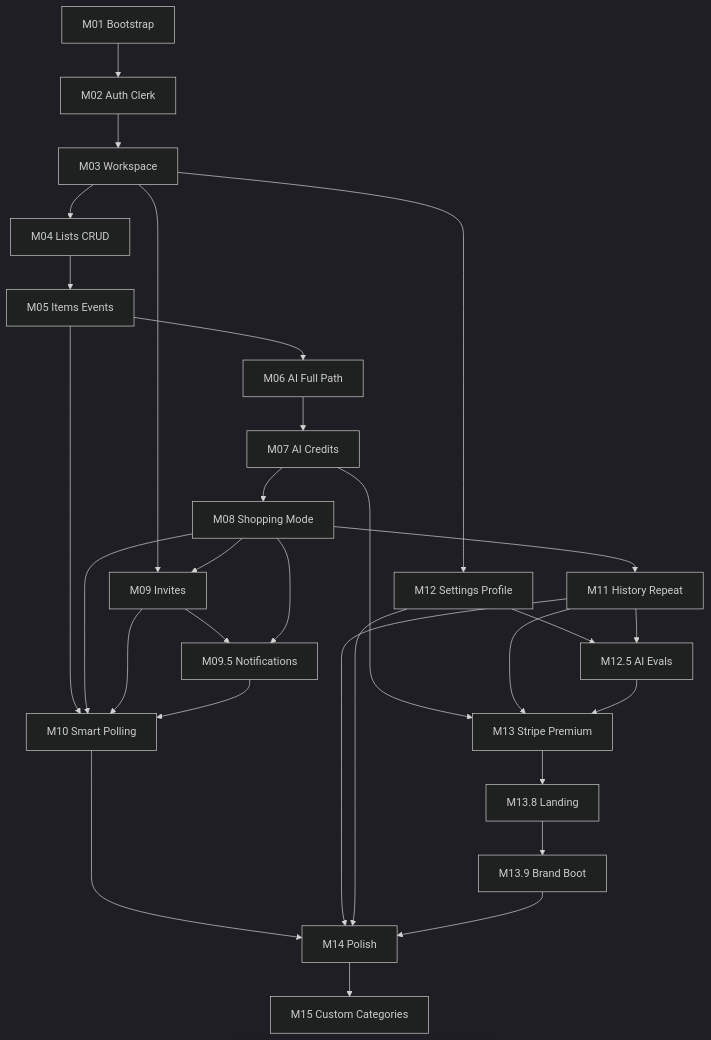
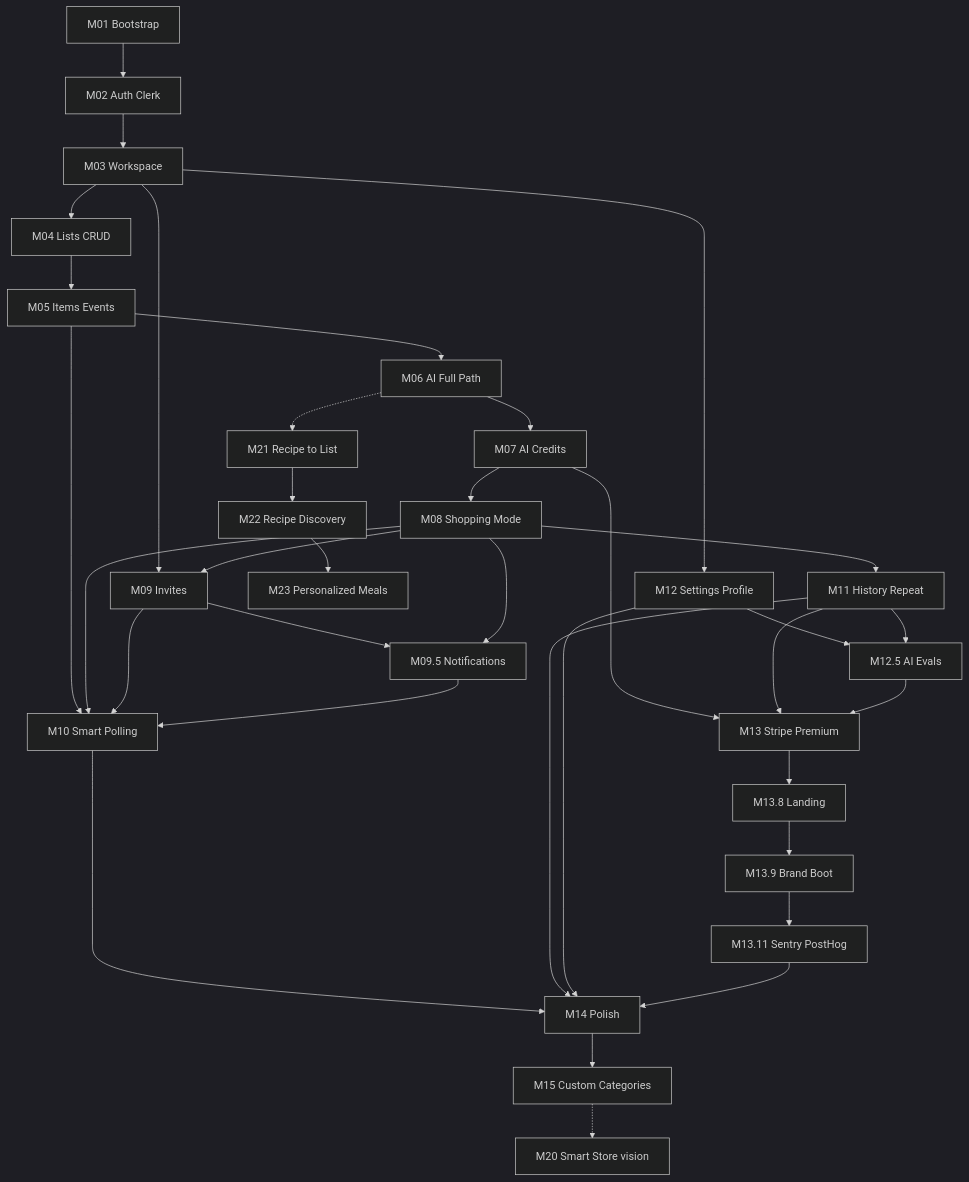
Before and after one commit to chris38pl/Kangur: the first of 6 diagrams in docs/roadmap.md, drawn with Mermaid (dark theme). The commit also changed other lines of this file and 31 other files, not shown here.

````diff
--- a/docs/roadmap.md
+++ b/docs/roadmap.md
@@ -35,44 +35,52 @@
 ```mermaid
 flowchart TD
   M01[M01 Bootstrap]
   M02[M02 Auth Clerk]
   M03[M03 Workspace]
   M04[M04 Lists CRUD]
   M05[M05 Items Events]
   M06[M06 AI Full Path]
   M07[M07 AI Credits]
   M08[M08 Shopping Mode]
   M09[M09 Invites]
   M095[M09.5 Notifications]
   M10[M10 Smart Polling]
   M11[M11 History Repeat]
   M12[M12 Settings Profile]
   M125[M12.5 AI Evals]
   M13[M13 Stripe Premium]
   M138[M13.8 Landing]
   M139[M13.9 Brand Boot]
+  M1311[M13.11 Sentry PostHog]
   M14[M14 Polish]
   M15[M15 Custom Categories]
+  M20[M20 Smart Store vision]
+  M21[M21 Recipe to List]
+  M22[M22 Recipe Discovery]
+  M23[M23 Personalized Meals]
 
   M01 --> M02 --> M03 --> M04 --> M05 --> M06 --> M07 --> M08
   M03 --> M09
   M08 --> M09
   M09 --> M095
   M08 --> M095
   M05 --> M10
   M08 --> M10
   M09 --> M10
   M095 --> M10
   M08 --> M11
   M03 --> M12
   M12 --> M125
   M11 --> M125
   M07 --> M13
   M11 --> M13
   M125 --> M13
   M10 --> M14
   M11 --> M14
   M12 --> M14
-  M13 --> M138 --> M139 --> M14
+  M13 --> M138 --> M139 --> M1311 --> M14
   M14 --> M15
+  M15 -.-> M20
+  M06 -.-> M21
+  M21 --> M22 --> M23
 ```
````
